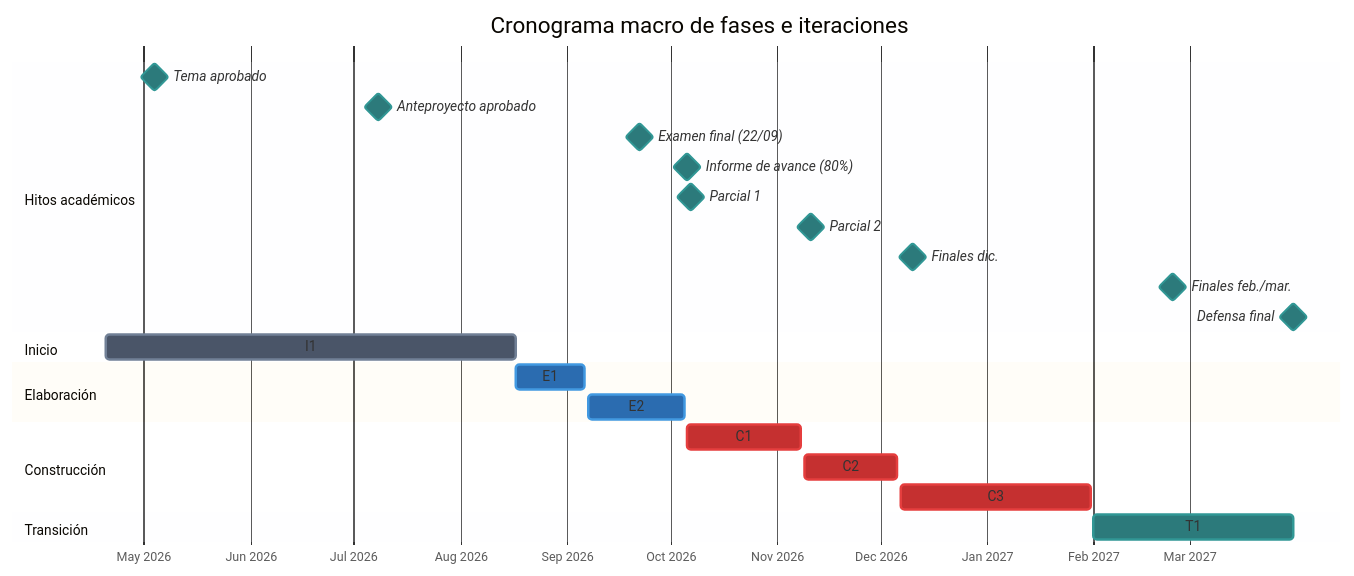
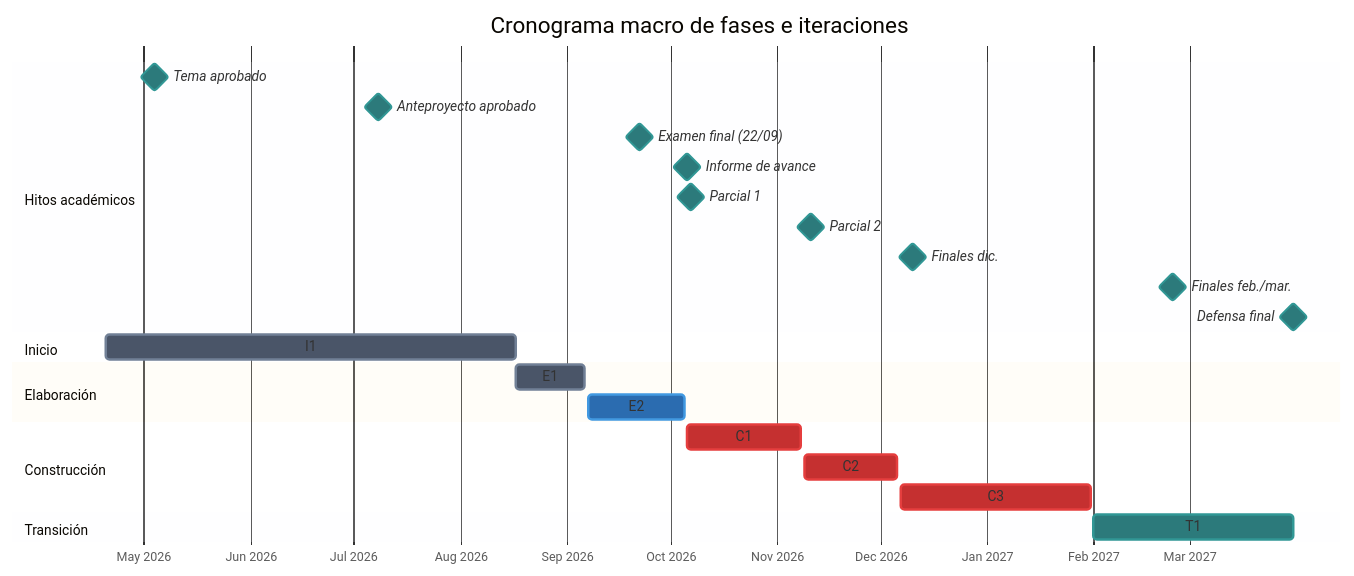
One commit to CrysoK/DiagramarPWA changed the diagram in docs/up/08-project-management/phase-plan.md. Above: the diagram before and after it, drawn with Mermaid. The commit also changed other lines of this file and 4 other files, not shown here.

````diff
--- a/docs/up/08-project-management/phase-plan.md
+++ b/docs/up/08-project-management/phase-plan.md
@@ -51,47 +51,47 @@
 ```mermaid
 %%{init: {
   'theme': 'base',
   'themeVariables': {
     'doneTaskBkgColor': '#4a5568',
     'doneTaskBorderColor': '#718096',
     'activeTaskBkgColor': '#2b6cb0',
     'activeTaskBorderColor': '#4299e1',
     'critBkgColor': '#c53030',
     'critBorderColor': '#e53e3e',
     'taskBkgColor': '#2c7a7b',
     'taskBorderColor': '#319795',
     'milestoneBkgColor': '#d69e2e',
     'milestoneBorderColor': '#ecc94b'
   }
 }}%%
 gantt
     title Cronograma macro de fases e iteraciones
     dateFormat  YYYY-MM-DD
     axisFormat  %b %Y
 
     section Hitos académicos
     Tema aprobado                  :milestone, 2026-05-04, 0d
     Anteproyecto aprobado          :milestone, 2026-07-08, 0d
     Examen final (22/09)           :milestone, 2026-09-22, 0d
-    Informe de avance (80%)        :milestone, 2026-10-06, 0d
+    Informe de avance              :milestone, 2026-10-06, 0d
     Parcial 1                      :milestone, 2026-10-07, 0d
     Parcial 2                      :milestone, 2026-11-11, 0d
     Finales dic.                   :milestone, 2026-12-03, 15d
     Finales feb./mar.              :milestone, 2027-02-15, 18d
     Defensa final                  :milestone, 2027-03-31, 0d
 
     section Inicio
     I1                             :done, 2026-04-20, 2026-08-17
 
     section Elaboración
-    E1                             :active, 2026-08-17, 2026-09-06
+    E1                             :done, 2026-08-17, 2026-09-06
     E2                             :active, 2026-09-07, 2026-10-05
 
     section Construcción
     C1                             :crit, 2026-10-06, 2026-11-08
     C2                             :crit, 2026-11-09, 2026-12-06
     C3                             :crit, 2026-12-07, 2027-01-31
 
     section Transición
     T1                             :2027-02-01, 2027-03-31
 ```
````
